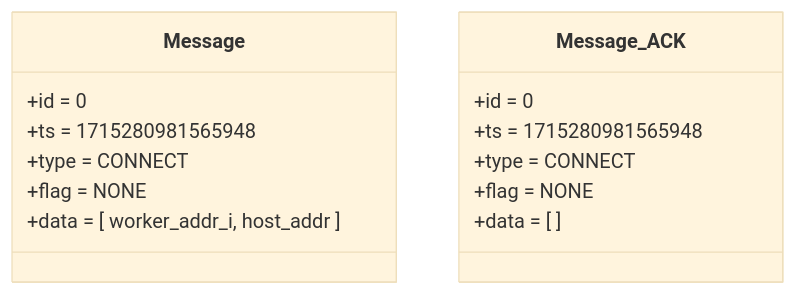
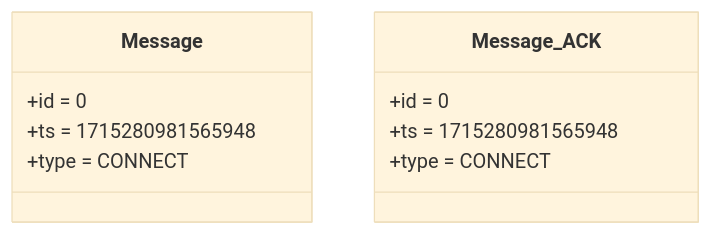
Before and after one commit to duclos-cavalcanti/TreeBuilder: the fourth of 5 diagrams in docs/slidev/slides/Workflow-1.0.md, drawn with Mermaid (base theme). The commit also changed other lines of this file and 12 other files, not shown here.

````diff
--- a/docs/slidev/slides/Workflow-1.0.md
+++ b/docs/slidev/slides/Workflow-1.0.md
@@ -94,19 +95,15 @@
 ```mermaid
 classDiagram
     class Message{
             +id   = 0
             +ts   = 1715280981565948
             +type = CONNECT
-            +flag = NONE
-            +data = [ worker_addr_i, host_addr ]
     }
 
     class Message_ACK{
             +id   = 0
             +ts   = 1715280981565948
             +type = CONNECT
-            +flag = NONE
-            +data = [ ]
     }
     %% style Message fill:#0070C0,color:#fff
 ```
````
